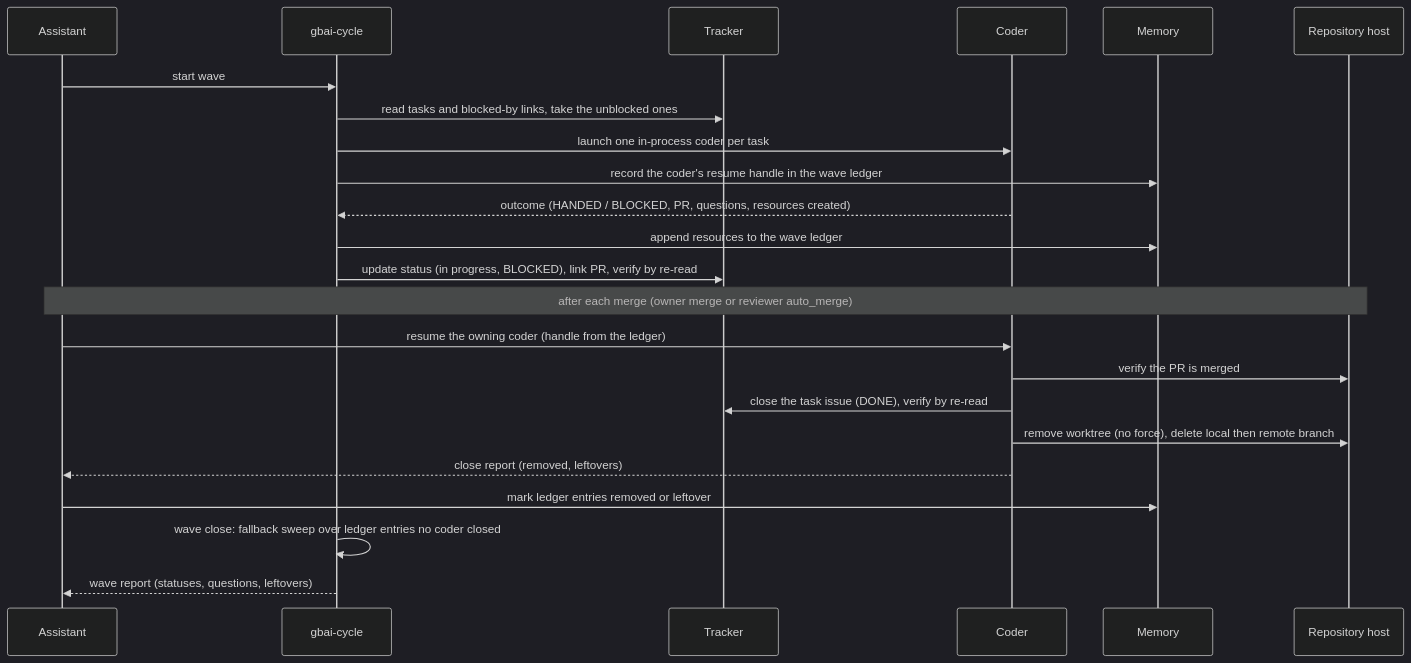
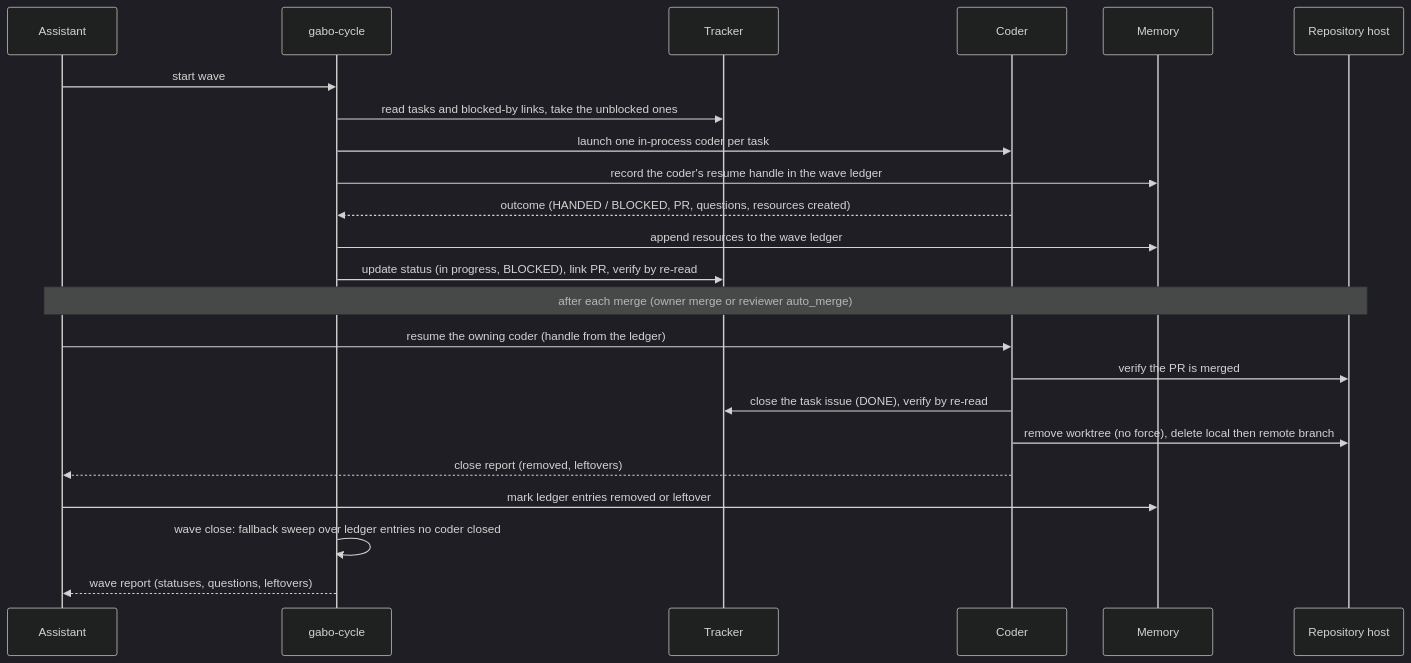
The third of 5 diagrams in docs/product/TRD.md (testeos-z/gabo-ai), drawn with Mermaid (dark theme) before and after one commit. The commit also changed other lines of this file and 14 other files, not shown here.

````diff
--- a/docs/product/TRD.md
+++ b/docs/product/TRD.md
@@ -185,25 +185,25 @@
 ```mermaid
 sequenceDiagram
   participant A as Assistant
-  participant C as gbai-cycle
+  participant C as gabo-cycle
   participant T as Tracker
   participant K as Coder
   participant M as Memory
   participant H as Repository host
   A->>C: start wave
   C->>T: read tasks and blocked-by links, take the unblocked ones
   C->>K: launch one in-process coder per task
   C->>M: record the coder's resume handle in the wave ledger
   K-->>C: outcome (HANDED / BLOCKED, PR, questions, resources created)
   C->>M: append resources to the wave ledger
   C->>T: update status (in progress, BLOCKED), link PR, verify by re-read
   Note over A,H: after each merge (owner merge or reviewer auto_merge)
   A->>K: resume the owning coder (handle from the ledger)
   K->>H: verify the PR is merged
   K->>T: close the task issue (DONE), verify by re-read
   K->>H: remove worktree (no force), delete local then remote branch
   K-->>A: close report (removed, leftovers)
   A->>M: mark ledger entries removed or leftover
   C->>C: wave close: fallback sweep over ledger entries no coder closed
   C-->>A: wave report (statuses, questions, leftovers)
 ```
````
